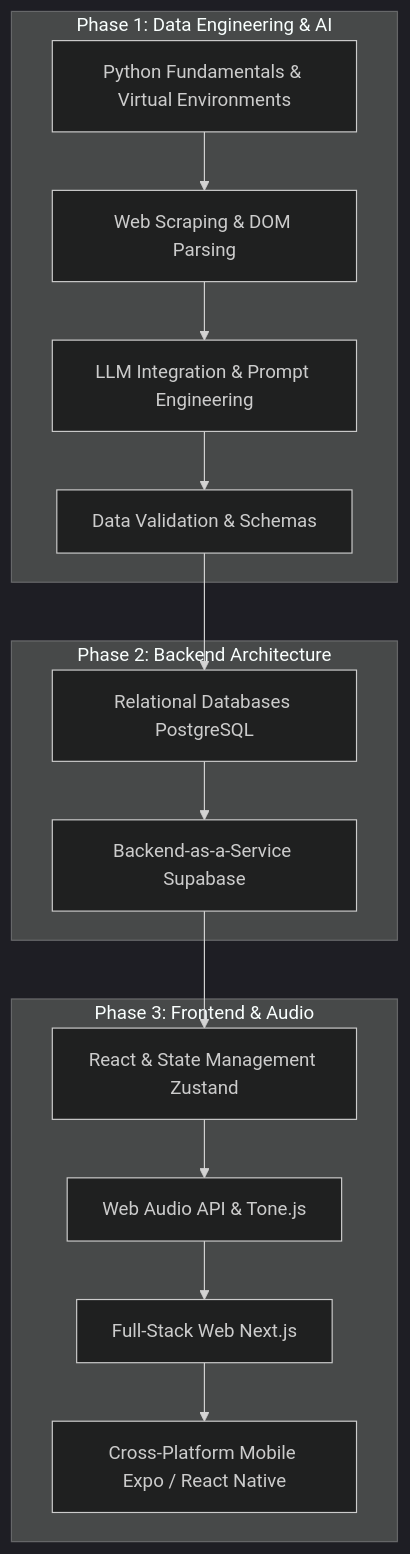
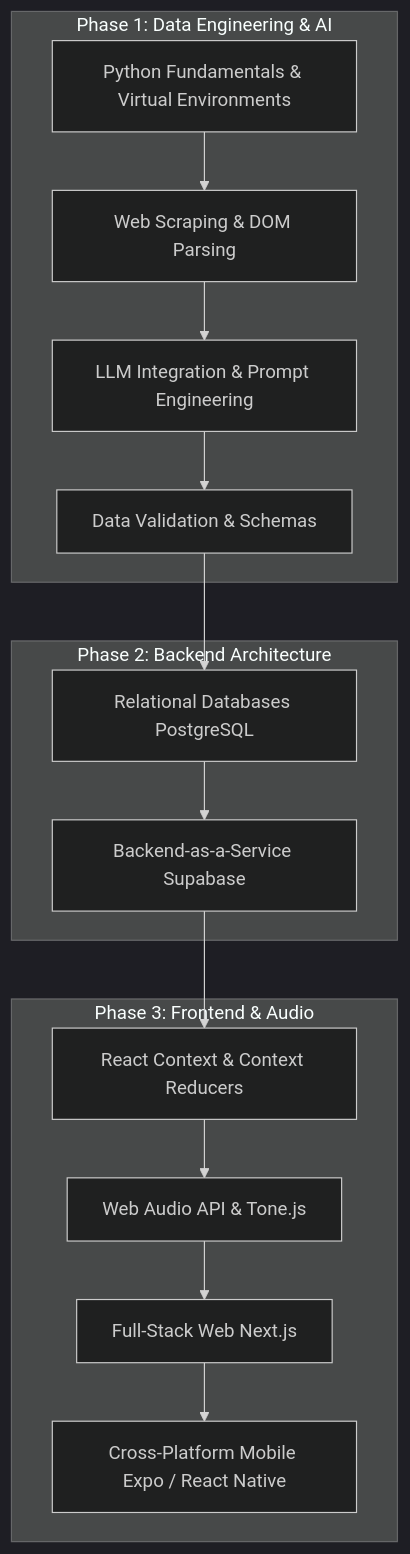
The diagram in JOURNAL.md (Dhamaru/Saptaswara), drawn with Mermaid (dark theme) before and after one commit.

Commit message:
docs: sync roadmap diagram with reality (React Context vs Zustand)

````diff
--- a/JOURNAL.md
+++ b/JOURNAL.md
@@ -165,20 +165,20 @@
 ```mermaid
 graph TD
     subgraph "Phase 1: Data Engineering & AI"
         A[Python Fundamentals & Virtual Environments] --> B[Web Scraping & DOM Parsing]
         B --> C[LLM Integration & Prompt Engineering]
         C --> D[Data Validation & Schemas]
     end
 
     subgraph "Phase 2: Backend Architecture"
         D --> E[Relational Databases PostgreSQL]
         E --> F[Backend-as-a-Service Supabase]
     end
 
     subgraph "Phase 3: Frontend & Audio"
-        F --> G[React & State Management Zustand]
+        F --> G[React Context & Context Reducers]
         G --> H[Web Audio API & Tone.js]
         H --> I[Full-Stack Web Next.js]
         I --> J[Cross-Platform Mobile Expo / React Native]
     end
 ```
````
